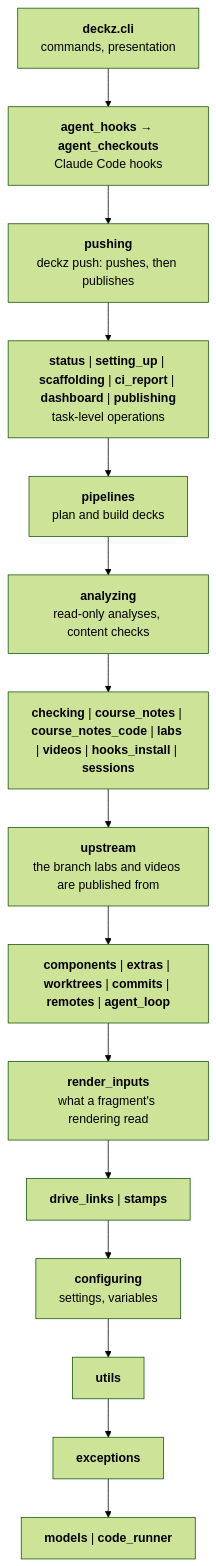
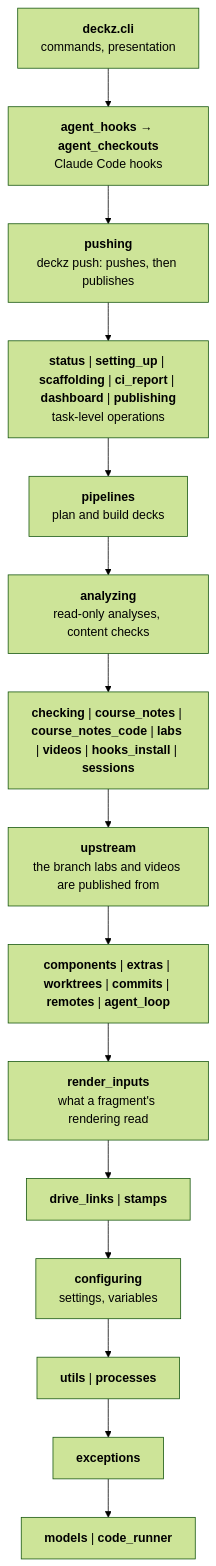
Before and after one commit to shuuchuu/deckz: the second of 2 diagrams in docs/architecture/index.md, drawn with Mermaid (forest theme). The commit also changed other lines of this file and 11 other files, not shown here.

````diff
--- a/docs/architecture/index.md
+++ b/docs/architecture/index.md
@@ -60,19 +60,19 @@
 ```mermaid
 flowchart TB
     cli["<b>deckz.cli</b><br/>commands, presentation"]
     agent["<b>agent_hooks</b> → <b>agent_checkouts</b><br/>Claude Code hooks"]
     pushing["<b>pushing</b><br/>deckz push: pushes, then publishes"]
     tasks["<b>status</b> | <b>setting_up</b> | <b>scaffolding</b> | <b>ci_report</b> | <b>dashboard</b> | <b>publishing</b><br/>task-level operations"]
     pipelines["<b>pipelines</b><br/>plan and build decks"]
     analyzing["<b>analyzing</b><br/>read-only analyses, content checks"]
     mid["<b>checking</b> | <b>course_notes</b> | <b>course_notes_code</b> | <b>labs</b> | <b>videos</b> | <b>hooks_install</b> | <b>sessions</b>"]
     upstream["<b>upstream</b><br/>the branch labs and videos are published from"]
     components["<b>components</b> | <b>extras</b> | <b>worktrees</b> | <b>commits</b> | <b>remotes</b> | <b>agent_loop</b>"]
     inputs["<b>render_inputs</b><br/>what a fragment's rendering read"]
     low["<b>drive_links</b> | <b>stamps</b>"]
     configuring["<b>configuring</b><br/>settings, variables"]
-    utils["<b>utils</b>"]
+    utils["<b>utils</b> | <b>processes</b>"]
     exceptions["<b>exceptions</b>"]
     models["<b>models</b> | <b>code_runner</b>"]
     cli --> agent --> pushing --> tasks --> pipelines --> analyzing --> mid --> upstream --> components --> inputs --> low --> configuring --> utils --> exceptions --> models
 ```
````
